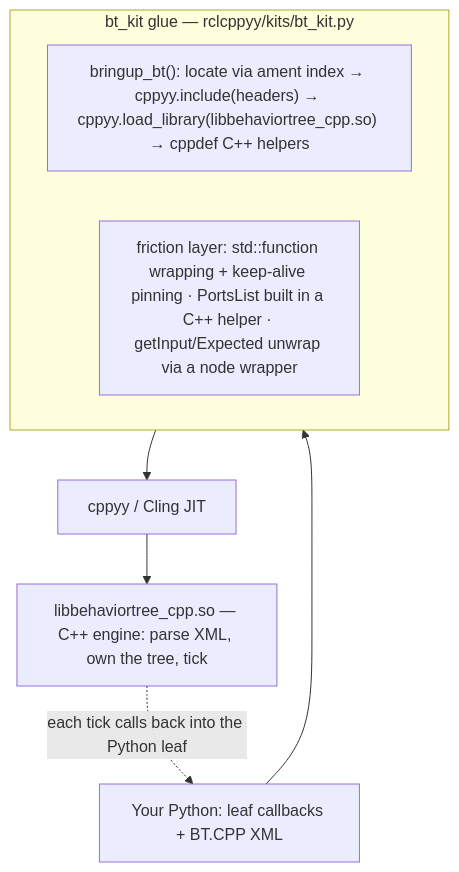
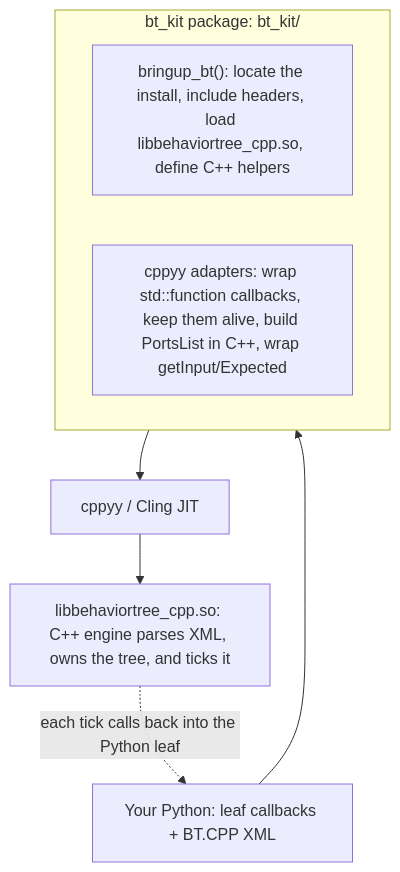
Before and after one commit to awesomebytes/cppyy_kit: the diagram in bt_kit/REPORT.md, drawn with Mermaid. The commit also changed other lines of this file and 259 other files, not shown here.

````diff
--- a/bt_kit/REPORT.md
+++ b/bt_kit/REPORT.md
@@ -20,12 +20,12 @@
 ```mermaid
 flowchart TD
     U["Your Python: leaf callbacks + BT.CPP XML"]
-    subgraph KIT["bt_kit glue — rclcppyy/kits/bt_kit.py"]
-      B["bringup_bt(): locate via ament index → cppyy.include(headers) → cppyy.load_library(libbehaviortree_cpp.so) → cppdef C++ helpers"]
-      F["friction layer: std::function wrapping + keep-alive pinning · PortsList built in a C++ helper · getInput/Expected unwrap via a node wrapper"]
+    subgraph KIT["bt_kit package: bt_kit/"]
+      B["bringup_bt(): locate the install, include headers, load libbehaviortree_cpp.so, define C++ helpers"]
+      F["cppyy adapters: wrap std::function callbacks, keep them alive, build PortsList in C++, wrap getInput/Expected"]
     end
     J["cppyy / Cling JIT"]
-    E["libbehaviortree_cpp.so — C++ engine: parse XML, own the tree, tick"]
+    E["libbehaviortree_cpp.so: C++ engine parses XML, owns the tree, and ticks it"]
     U --> KIT --> J --> E
     E -. "each tick calls back into the Python leaf" .-> U
 ```
````
